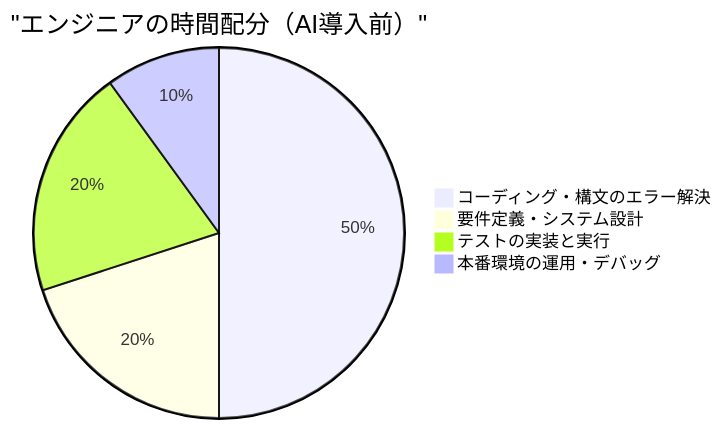
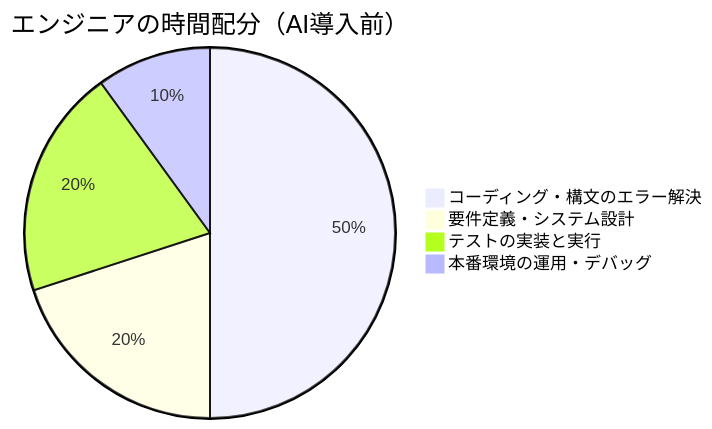
One commit to kenjinote/blog changed the third of 4 diagrams in content/post/human_engineer_skills/index.md. Above: the diagram before and after it, drawn with Mermaid. The commit also changed other lines of this file and 703 other files, not shown here.

Commit message:
Fix: Remove quotes from Mermaid link texts and timeline definitions to support Mermaid 11.4.1

````diff
--- a/content/post/human_engineer_skills/index.md
+++ b/content/post/human_engineer_skills/index.md
@@ -182,7 +182,7 @@
 ```mermaid
-pie title "エンジニアの時間配分（AI導入前）"
+pie title エンジニアの時間配分（AI導入前）
   "コーディング・構文のエラー解決": 50
   "要件定義・システム設計": 20
   "テストの実装と実行": 20
   "本番環境の運用・デバッグ": 10
 ```
````
